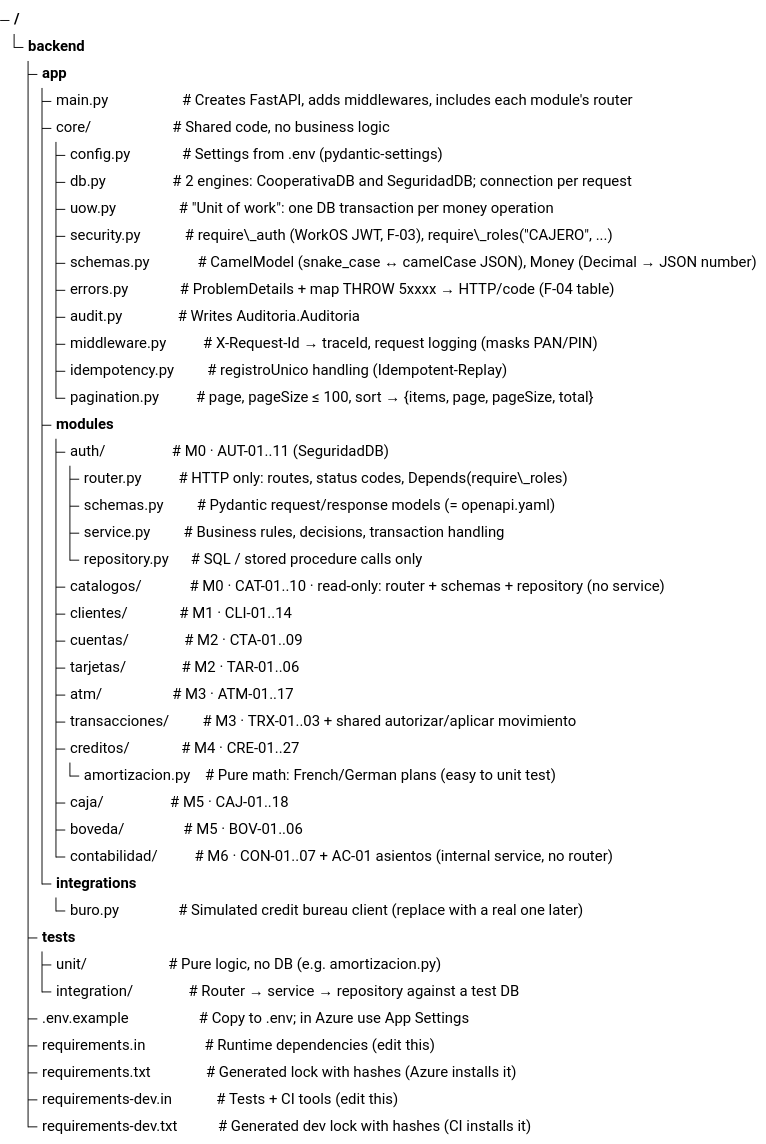
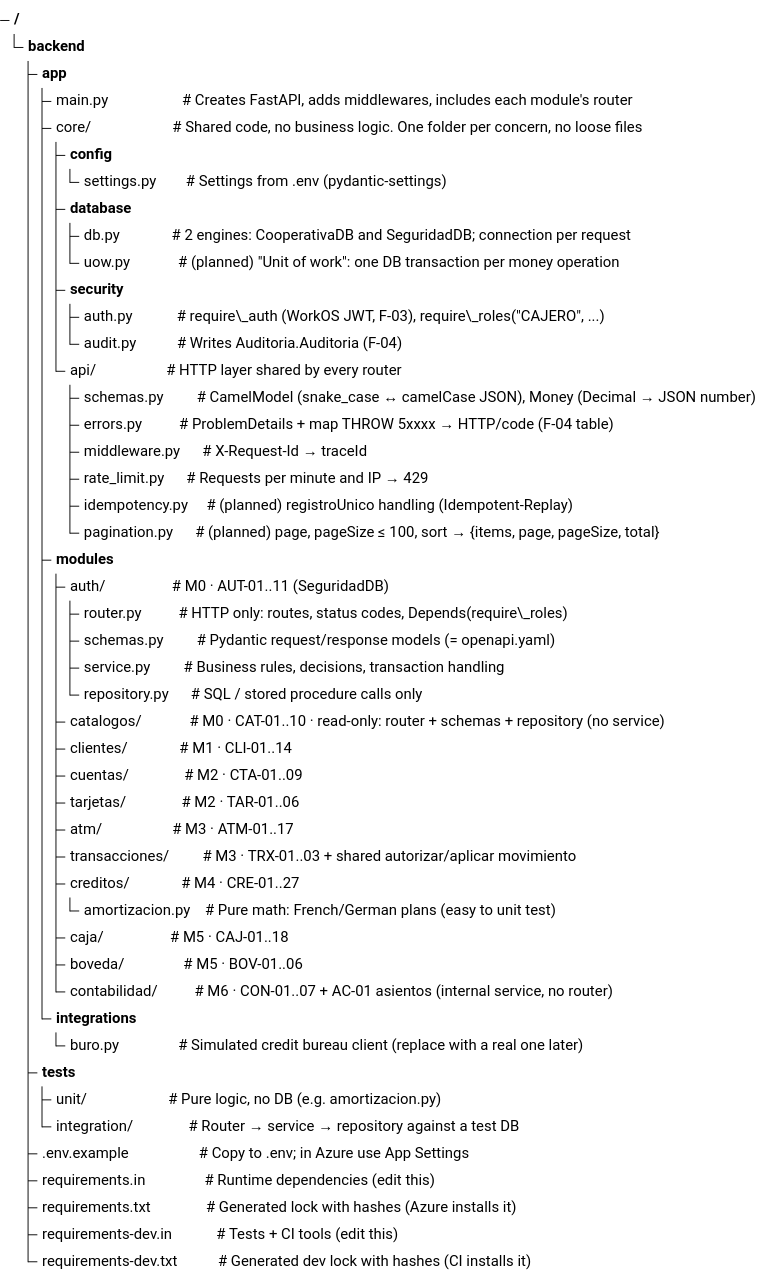
One commit to hugo-chicaiza/Banking-Platform changed the diagram in Backend/TreeFolderStructure.md. Above: the diagram before and after it, drawn with Mermaid. The commit also changed other lines of this file and 37 other files, not shown here.

Commit message:
feat(backend): implement TAR module, enhance core security and auditing, extend catalog APIs, and expand test coverage

````diff
--- a/Backend/TreeFolderStructure.md
+++ b/Backend/TreeFolderStructure.md
@@ -1,48 +1,53 @@
 ```mermaid
 treeView-beta
 backend/
 ├── app/
 │   ├── main.py                    # Creates FastAPI, adds middlewares, includes each module's router
-│   ├── core/                      # Shared code, no business logic
-│   │   ├── config.py              # Settings from .env (pydantic-settings)
-│   │   ├── db.py                  # 2 engines: CooperativaDB and SeguridadDB; connection per request
-│   │   ├── uow.py                 # "Unit of work": one DB transaction per money operation
-│   │   ├── security.py            # require\_auth (WorkOS JWT, F-03), require\_roles("CAJERO", ...)
-│   │   ├── schemas.py             # CamelModel (snake_case ↔ camelCase JSON), Money (Decimal → JSON number)
-│   │   ├── errors.py              # ProblemDetails + map THROW 5xxxx → HTTP/code (F-04 table)
-│   │   ├── audit.py               # Writes Auditoria.Auditoria
-│   │   ├── middleware.py          # X-Request-Id → traceId, request logging (masks PAN/PIN)
-│   │   ├── idempotency.py         # registroUnico handling (Idempotent-Replay)
-│   │   └── pagination.py          # page, pageSize ≤ 100, sort → {items, page, pageSize, total}
+│   ├── core/                      # Shared code, no business logic. One folder per concern, no loose files
+│   │   ├── config/
+│   │   │   └── settings.py        # Settings from .env (pydantic-settings)
+│   │   ├── database/
+│   │   │   ├── db.py              # 2 engines: CooperativaDB and SeguridadDB; connection per request
+│   │   │   └── uow.py             # (planned) "Unit of work": one DB transaction per money operation
+│   │   ├── security/
+│   │   │   ├── auth.py            # require\_auth (WorkOS JWT, F-03), require\_roles("CAJERO", ...)
+│   │   │   └── audit.py           # Writes Auditoria.Auditoria (F-04)
+│   │   └── api/                   # HTTP layer shared by every router
+│   │       ├── schemas.py         # CamelModel (snake_case ↔ camelCase JSON), Money (Decimal → JSON number)
+│   │       ├── errors.py          # ProblemDetails + map THROW 5xxxx → HTTP/code (F-04 table)
+│   │       ├── middleware.py      # X-Request-Id → traceId
+│   │       ├── rate_limit.py      # Requests per minute and IP → 429
+│   │       ├── idempotency.py     # (planned) registroUnico handling (Idempotent-Replay)
+│   │       └── pagination.py      # (planned) page, pageSize ≤ 100, sort → {items, page, pageSize, total}
 │   │
 │   ├── modules/
 │   │   ├── auth/                  # M0 · AUT-01..11 (SeguridadDB)
 │   │   │   ├── router.py          # HTTP only: routes, status codes, Depends(require\_roles)
 │   │   │   ├── schemas.py         # Pydantic request/response models (= openapi.yaml)
 │   │   │   ├── service.py         # Business rules, decisions, transaction handling
 │   │   │   └── repository.py      # SQL / stored procedure calls only
 │   │   ├── catalogos/             # M0 · CAT-01..10 · read-only: router + schemas + repository (no service)
 │   │   ├── clientes/              # M1 · CLI-01..14
 │   │   ├── cuentas/               # M2 · CTA-01..09
 │   │   ├── tarjetas/               # M2 · TAR-01..06
 │   │   ├── atm/                   # M3 · ATM-01..17
 │   │   ├── transacciones/         # M3 · TRX-01..03 + shared autorizar/aplicar movimiento
 │   │   ├── creditos/              # M4 · CRE-01..27
 │   │   │   └── amortizacion.py    # Pure math: French/German plans (easy to unit test)
 │   │   ├── caja/                  # M5 · CAJ-01..18
 │   │   ├── boveda/                # M5 · BOV-01..06
 │   │   └── contabilidad/          # M6 · CON-01..07 + AC-01 asientos (internal service, no router)
 │   │
 │   └── integrations/
 │       └── buro.py                # Simulated credit bureau client (replace with a real one later)
 │
 ├── tests/
 │   ├── unit/                      # Pure logic, no DB (e.g. amortizacion.py)
 │   └── integration/               # Router → service → repository against a test DB
 │
 ├── .env.example                   # Copy to .env; in Azure use App Settings
 ├── requirements.in                # Runtime dependencies (edit this)
 ├── requirements.txt               # Generated lock with hashes (Azure installs it)
 ├── requirements-dev.in            # Tests + CI tools (edit this)
 └── requirements-dev.txt           # Generated dev lock with hashes (CI installs it)
 ```
````
